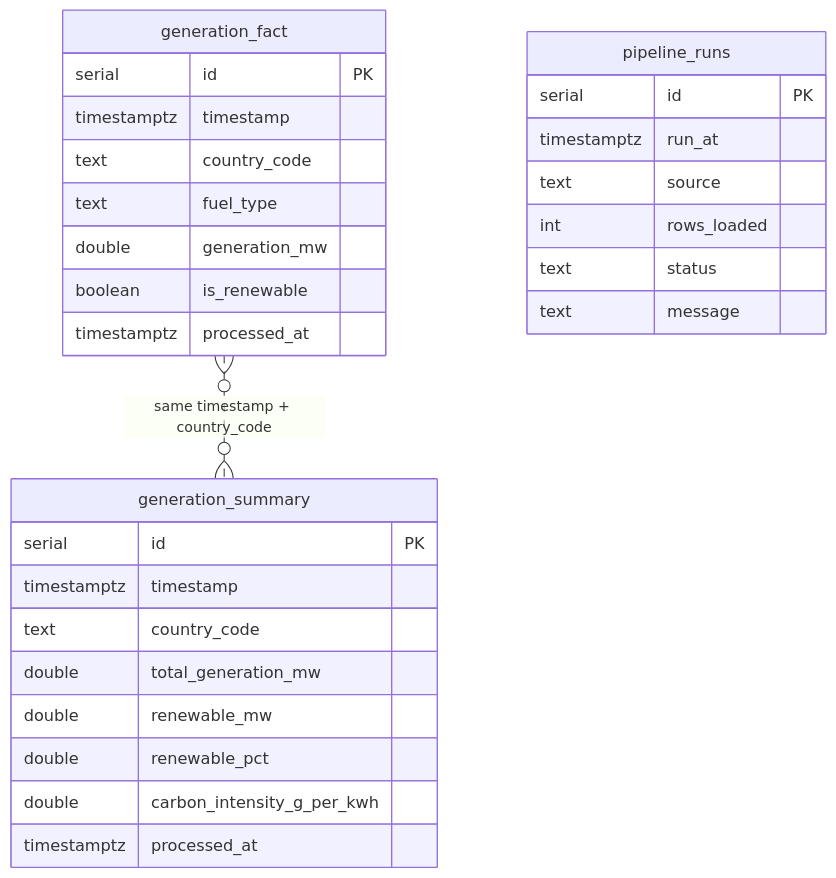
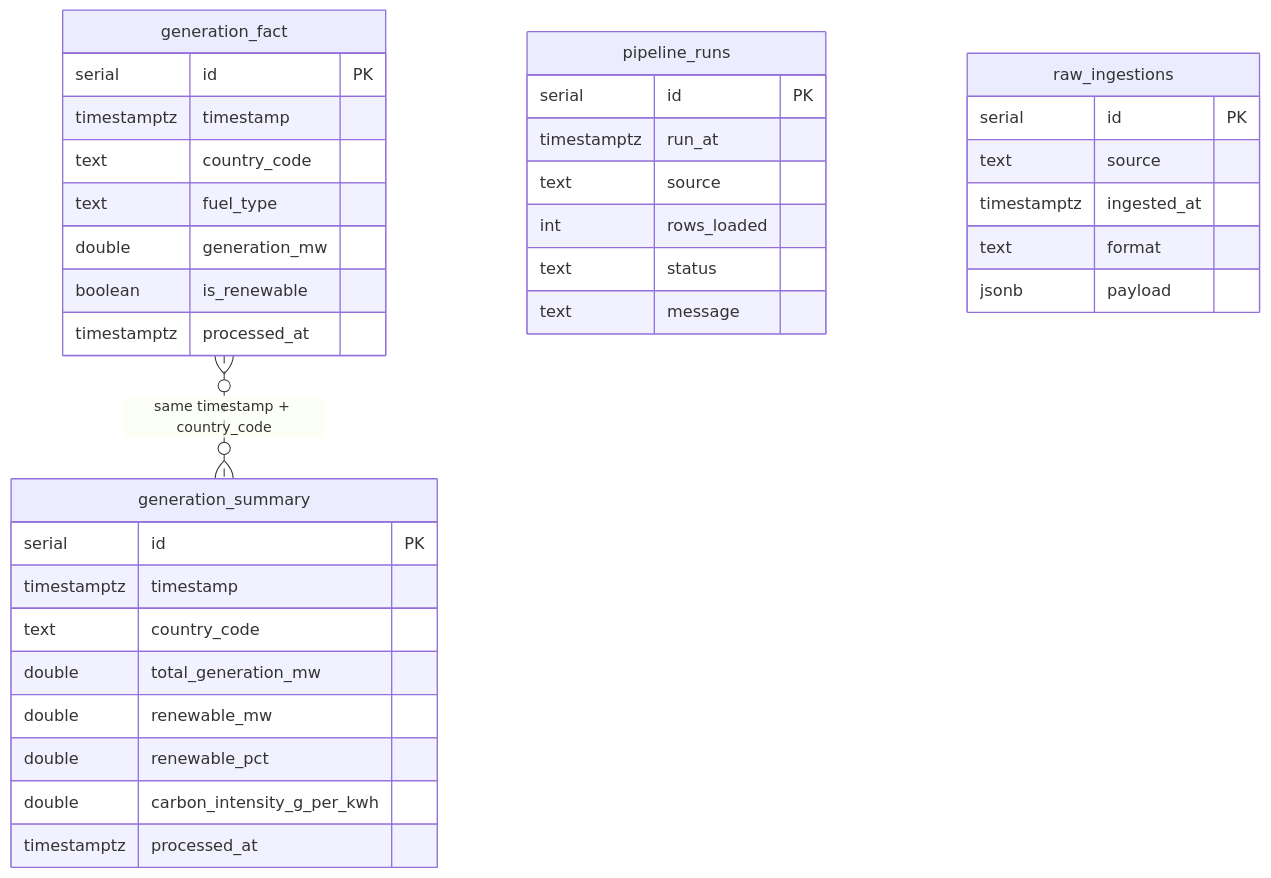
One commit to squirke1/energy-data-pipeline changed the sixth of 8 diagrams in docs/DIAGRAMS.md. Above: the diagram before and after it, drawn with Mermaid. The commit also changed other lines of this file and 16 other files, not shown here.

````diff
--- a/docs/DIAGRAMS.md
+++ b/docs/DIAGRAMS.md
@@ -197,32 +195,39 @@
 ```mermaid
 erDiagram
     generation_fact {
         serial id PK
         timestamptz timestamp
         text country_code
         text fuel_type
         double generation_mw
         boolean is_renewable
         timestamptz processed_at
     }
     generation_summary {
         serial id PK
         timestamptz timestamp
         text country_code
         double total_generation_mw
         double renewable_mw
         double renewable_pct
         double carbon_intensity_g_per_kwh
         timestamptz processed_at
     }
     pipeline_runs {
         serial id PK
         timestamptz run_at
         text source
         int rows_loaded
         text status
         text message
     }
+    raw_ingestions {
+        serial id PK
+        text source
+        timestamptz ingested_at
+        text format
+        jsonb payload
+    }
 
     generation_fact }o..o{ generation_summary : "same timestamp + country_code"
 ```
````
